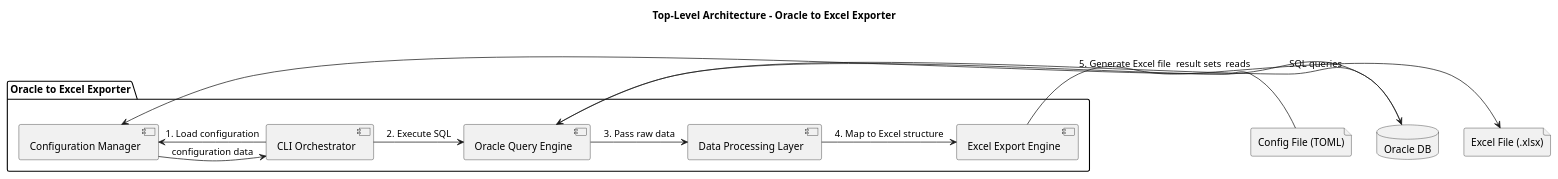
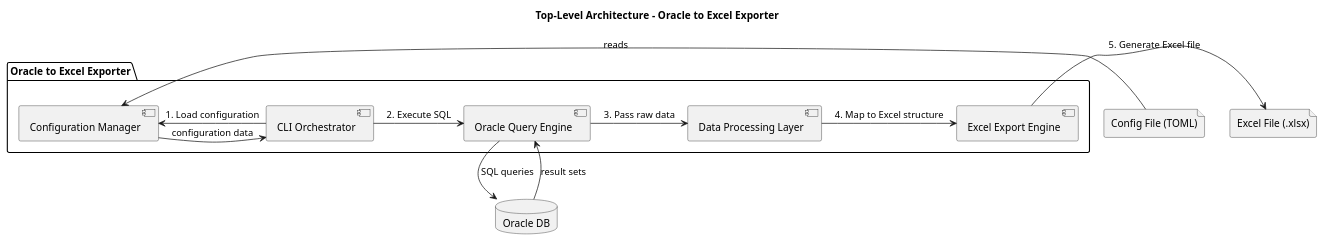
The diagram in TOP_ARCHITECTURE.puml (chatelao/oracle-to-excel), drawn with PlantUML before and after one commit.

Commit message:
Change QueryEngine to DB relationship from solid to dashed

```diff
--- a/TOP_ARCHITECTURE.puml
+++ b/TOP_ARCHITECTURE.puml
@@ -1,28 +1,28 @@
 @startuml
 title Top-Level Architecture - Oracle to Excel Exporter
 
 package "Oracle to Excel Exporter" {
     [CLI Orchestrator] as CLI
     [Configuration Manager] as ConfigMgr
     [Oracle Query Engine] as QueryEngine
     [Data Processing Layer] as DataProc
     [Excel Export Engine] as ExcelEngine
 }
 
 database "Oracle DB" as DB
 file "Config File (TOML)" as ConfigFile
 file "Excel File (.xlsx)" as ExcelFile
 
 CLI -> ConfigMgr : 1. Load configuration
 ConfigFile -> ConfigMgr : reads
 ConfigMgr -> CLI : configuration data
 
 CLI -> QueryEngine : 2. Execute SQL
-QueryEngine -> DB : SQL queries
+QueryEngine --> DB : SQL queries
 DB -> QueryEngine : result sets
 
 QueryEngine -> DataProc : 3. Pass raw data
 DataProc -> ExcelEngine : 4. Map to Excel structure
 ExcelEngine -> ExcelFile : 5. Generate Excel file
 
 @enduml
```
